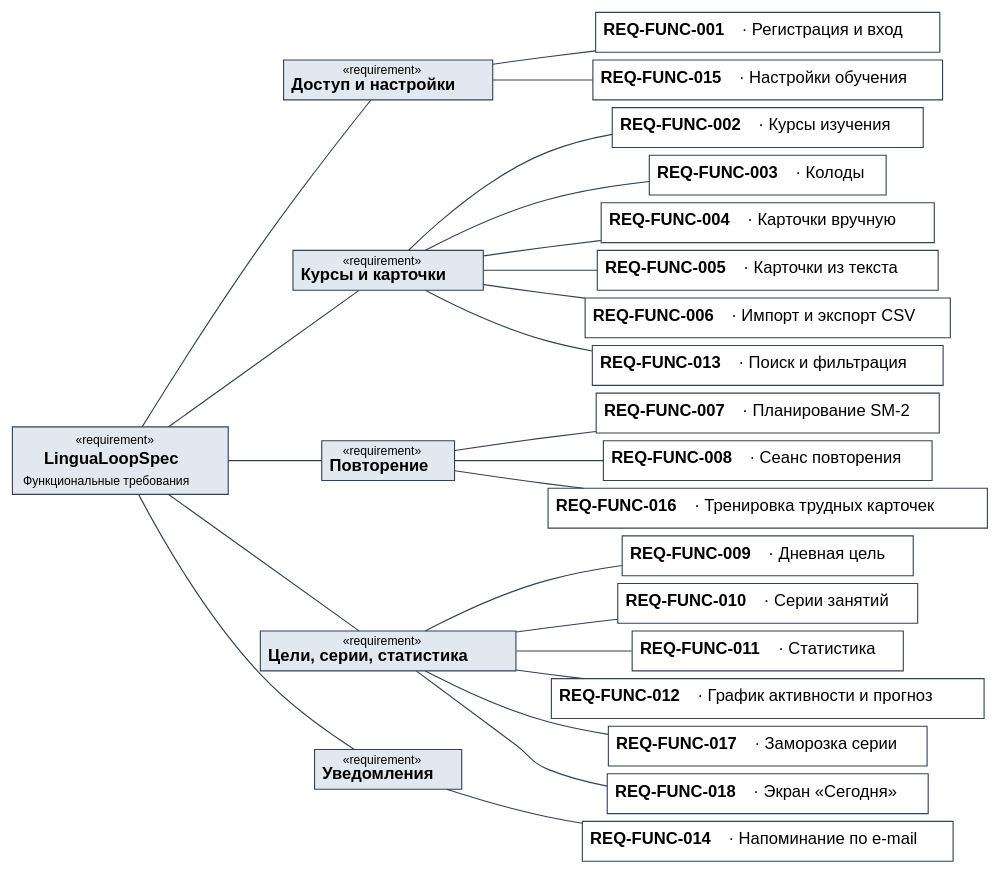
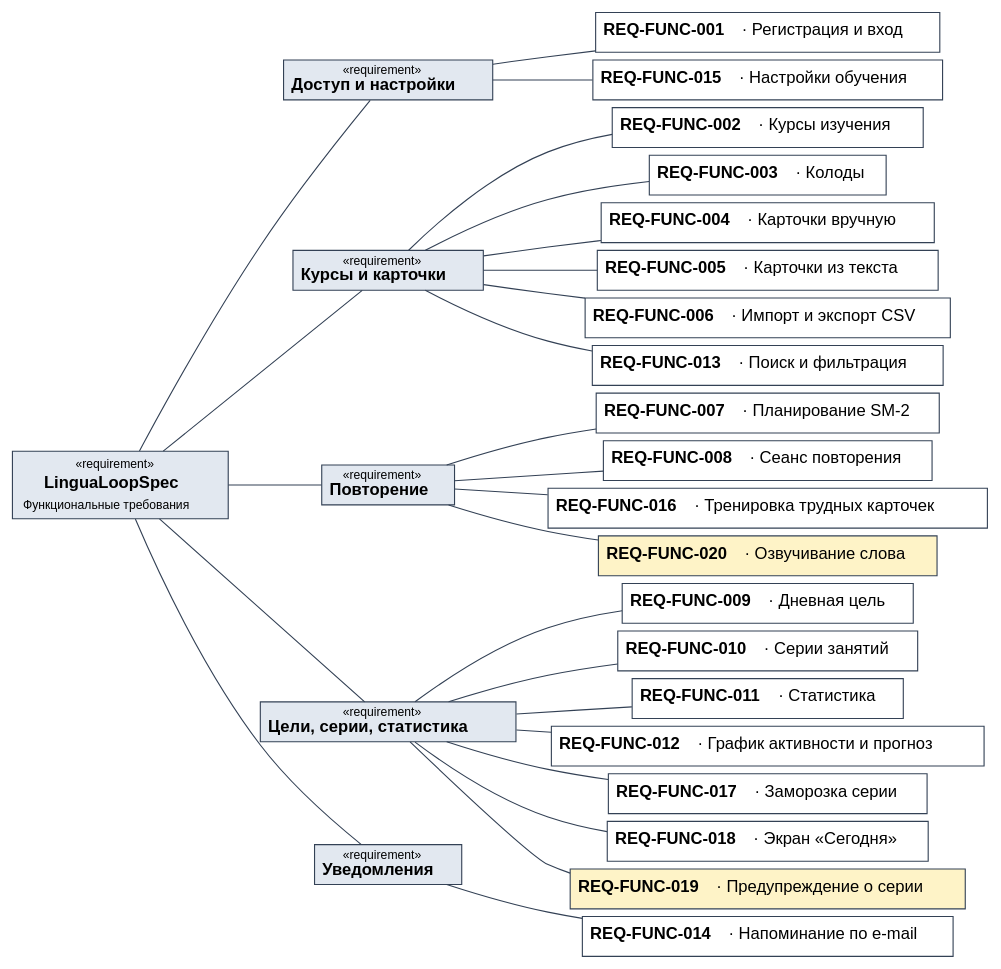
The diagram in srs/sysml/functional.dot (Qr1te/SDLC), drawn with Graphviz before and after one commit. The commit also changed 9 other files, not shown here.

```diff
--- a/srs/sysml/functional.dot
+++ b/srs/sysml/functional.dot
@@ -1,52 +1,56 @@
 digraph G {
   rankdir=LR; nodesep=0.1; ranksep=0.4;
   node [shape=box, fontname="Helvetica", fontsize=15, style=filled, fillcolor=white, color="#334155", margin="0.10,0.06"];
   edge [color="#334155", arrowhead=none];
   root [label=<<table border="0" cellborder="0" cellspacing="0"><tr><td><font point-size="11">«requirement»</font></td></tr><tr><td><b>LinguaLoopSpec</b></td></tr><tr><td><font point-size="11">Функциональные требования</font></td></tr></table>>, fillcolor="#e2e8f0"];
   g1 [label=<<font point-size="11">«requirement»</font><br/><b>Доступ и настройки</b>>, fillcolor="#e2e8f0"];
   root -> g1;
   r1 [label=<<b>REQ-FUNC-001</b> · Регистрация и вход>];
   g1 -> r1;
   r15 [label=<<b>REQ-FUNC-015</b> · Настройки обучения>];
   g1 -> r15;
   g2 [label=<<font point-size="11">«requirement»</font><br/><b>Курсы и карточки</b>>, fillcolor="#e2e8f0"];
   root -> g2;
   r2 [label=<<b>REQ-FUNC-002</b> · Курсы изучения>];
   g2 -> r2;
   r3 [label=<<b>REQ-FUNC-003</b> · Колоды>];
   g2 -> r3;
   r4 [label=<<b>REQ-FUNC-004</b> · Карточки вручную>];
   g2 -> r4;
   r5 [label=<<b>REQ-FUNC-005</b> · Карточки из текста>];
   g2 -> r5;
   r6 [label=<<b>REQ-FUNC-006</b> · Импорт и экспорт CSV>];
   g2 -> r6;
   r13 [label=<<b>REQ-FUNC-013</b> · Поиск и фильтрация>];
   g2 -> r13;
   g3 [label=<<font point-size="11">«requirement»</font><br/><b>Повторение</b>>, fillcolor="#e2e8f0"];
   root -> g3;
   r7 [label=<<b>REQ-FUNC-007</b> · Планирование SM-2>];
   g3 -> r7;
   r8 [label=<<b>REQ-FUNC-008</b> · Сеанс повторения>];
   g3 -> r8;
   r16 [label=<<b>REQ-FUNC-016</b> · Тренировка трудных карточек>];
   g3 -> r16;
+  r20 [label=<<b>REQ-FUNC-020</b> · Озвучивание слова>, fillcolor="#fef3c7"];
+  g3 -> r20;
   g4 [label=<<font point-size="11">«requirement»</font><br/><b>Цели, серии, статистика</b>>, fillcolor="#e2e8f0"];
   root -> g4;
   r9 [label=<<b>REQ-FUNC-009</b> · Дневная цель>];
   g4 -> r9;
   r10 [label=<<b>REQ-FUNC-010</b> · Серии занятий>];
   g4 -> r10;
   r11 [label=<<b>REQ-FUNC-011</b> · Статистика>];
   g4 -> r11;
   r12 [label=<<b>REQ-FUNC-012</b> · График активности и прогноз>];
   g4 -> r12;
   r17 [label=<<b>REQ-FUNC-017</b> · Заморозка серии>];
   g4 -> r17;
   r18 [label=<<b>REQ-FUNC-018</b> · Экран «Сегодня»>];
   g4 -> r18;
+  r19 [label=<<b>REQ-FUNC-019</b> · Предупреждение о серии>, fillcolor="#fef3c7"];
+  g4 -> r19;
   g5 [label=<<font point-size="11">«requirement»</font><br/><b>Уведомления</b>>, fillcolor="#e2e8f0"];
   root -> g5;
   r14 [label=<<b>REQ-FUNC-014</b> · Напоминание по e-mail>];
   g5 -> r14;
 }
```
